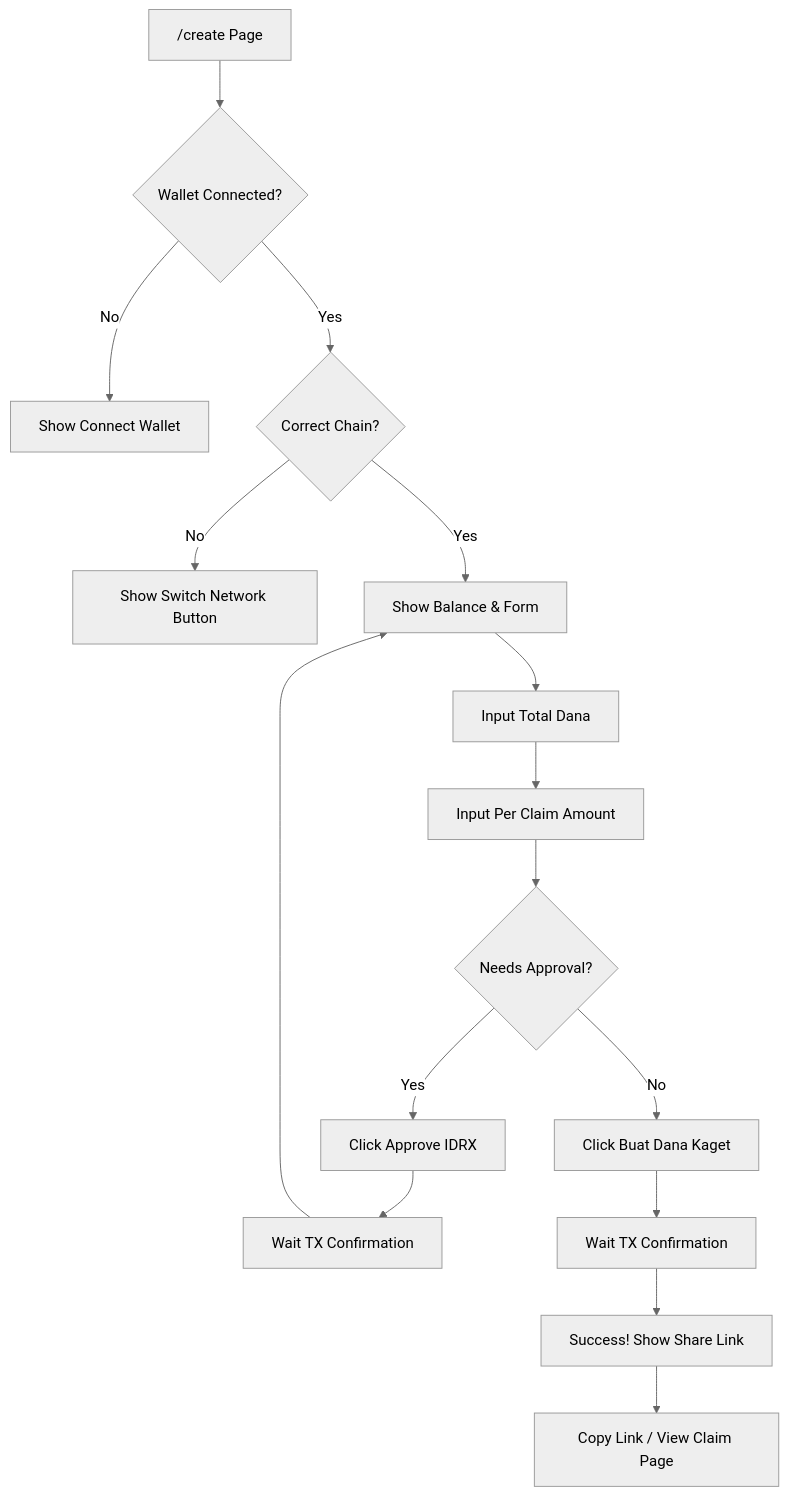
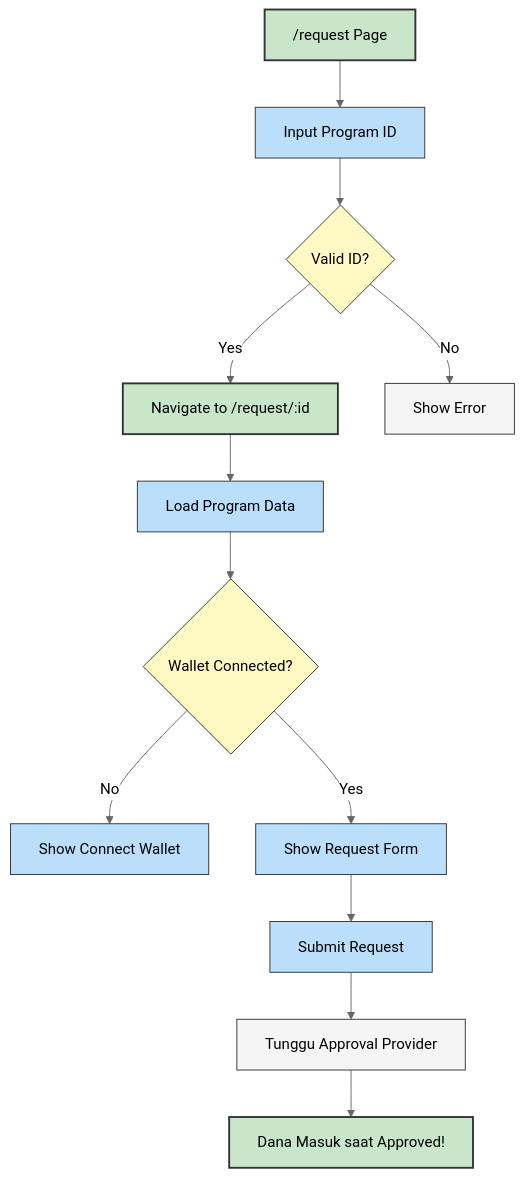
One commit to raflimulyarahman/PocketGrant changed the seventh of 11 diagrams in WALKTHROUGH.md. Above: the diagram before and after it, drawn with Mermaid (neutral theme). The commit also changed other lines of this file and 23 other files, not shown here.

Commit message:
docs: update walkthrough with new frontend flows and Smart Wallet details

````diff
--- a/WALKTHROUGH.md
+++ b/WALKTHROUGH.md
@@ -322,21 +336,20 @@
 ```mermaid
 flowchart TD
-    A["/create Page"] --> B{Wallet Connected?}
-    B -->|No| C["Show Connect Wallet"]
-    B -->|Yes| D{Correct Chain?}
-    D -->|No| E["Show Switch Network Button"]
-    D -->|Yes| F["Show Balance & Form"]
+    classDef positive stroke:#333,stroke-width:2px,fill:#c8e6c9,color:#000
+    classDef actionNode stroke:#333,stroke-width:1px,fill:#bbdefb,color:#000
+    classDef decision stroke:#333,stroke-width:1px,fill:#fff9c4,color:#000
+    classDef infoNode stroke:#333,stroke-width:1px,fill:#f5f5f5,color:#000
 
-    F --> G["Input Total Dana"]
-    G --> H["Input Per Claim Amount"]
-    H --> I{Needs Approval?}
+    A["/request Page"]:::positive --> B["Input Program ID"]:::actionNode
+    B --> C{Valid ID?}:::decision
+    C -->|Yes| D["Navigate to /request/:id"]:::positive
+    C -->|No| E["Show Error"]:::infoNode
 
-    I -->|Yes| J["Click Approve IDRX"]
-    J --> K["Wait TX Confirmation"]
-    K --> F
-
-    I -->|No| L["Click Buat Dana Kaget"]
-    L --> M["Wait TX Confirmation"]
-    M --> N["Success! Show Share Link"]
-    N --> O["Copy Link / View Claim Page"]
+    D --> F["Load Program Data"]:::actionNode
+    F --> G{Wallet Connected?}:::decision
+    G -->|No| H["Show Connect Wallet"]:::actionNode
+    G -->|Yes| I["Show Request Form"]:::actionNode
+    I --> J["Submit Request"]:::actionNode
+    J --> K["Tunggu Approval Provider"]:::infoNode
+    K --> L["Dana Masuk saat Approved!"]:::positive
 ```
````
